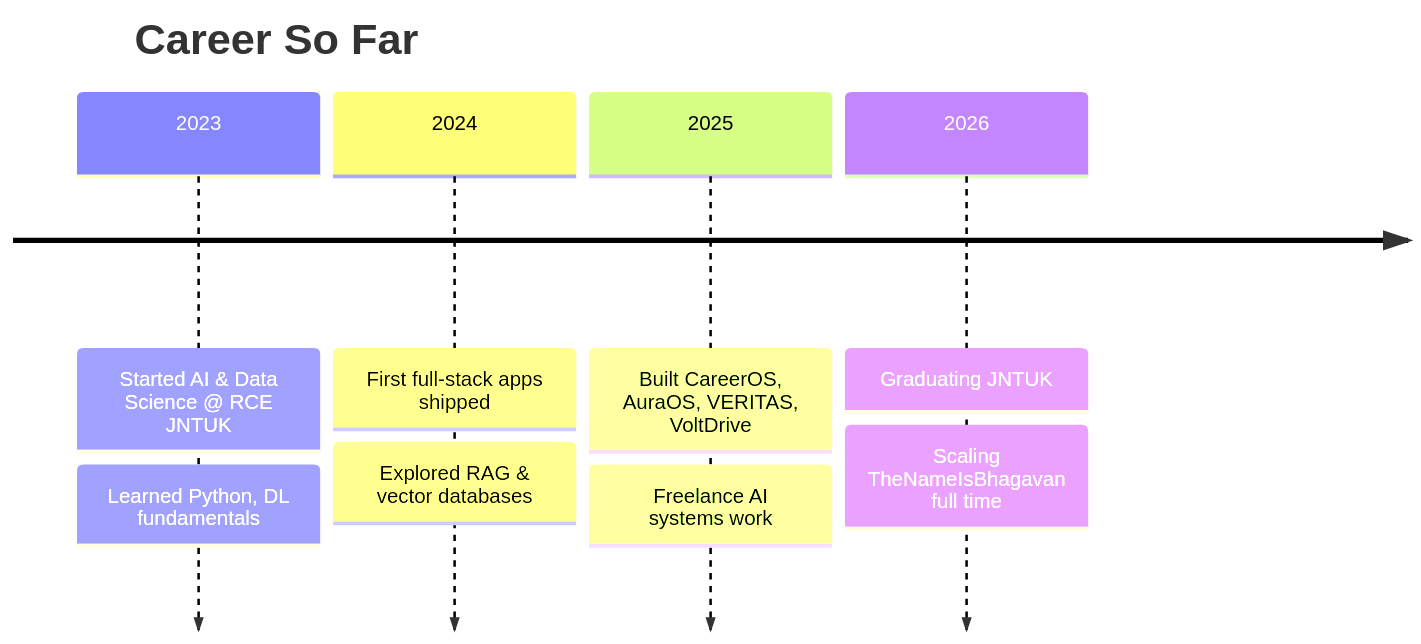
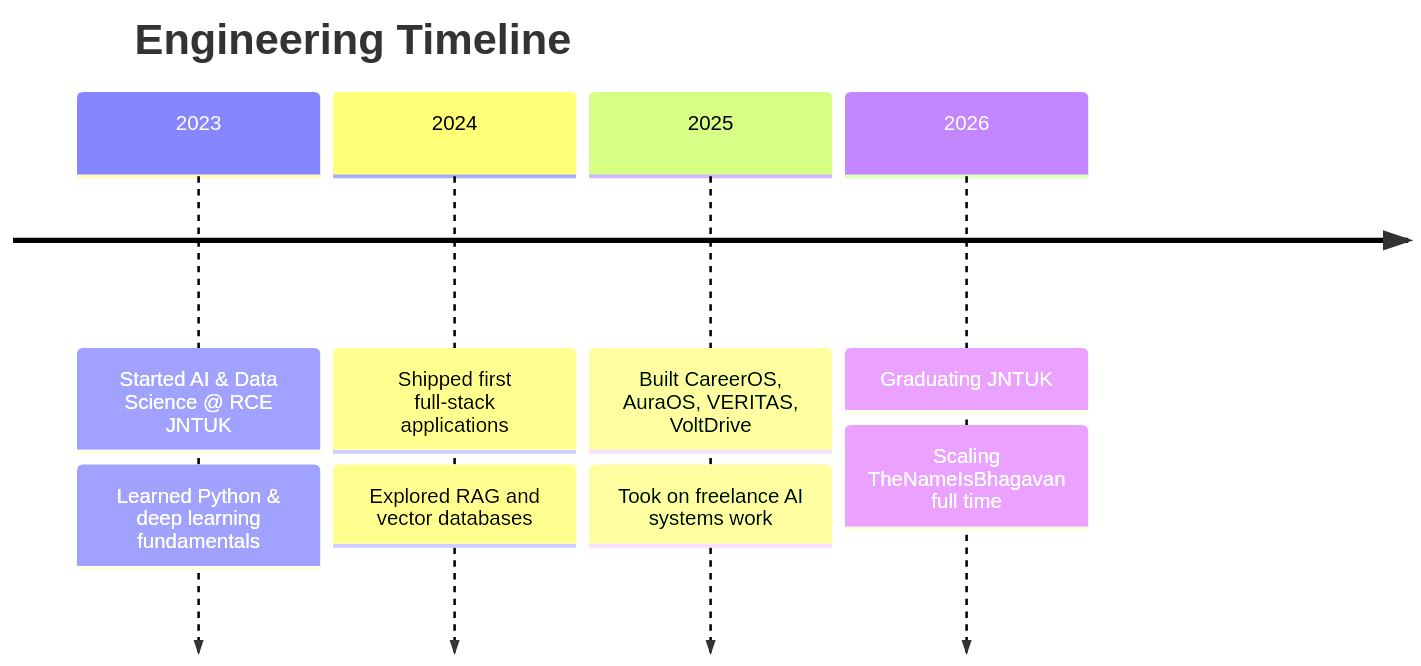
One commit to thenameisbhagavan/thenameisbhagavan changed the second of 2 diagrams in README.md. Above: the diagram before and after it, drawn with Mermaid. The commit also changed other lines of this file, not shown here.

````diff
--- a/README.md
+++ b/README.md
@@ -224,12 +168,12 @@
 ```mermaid
 timeline
-    title Career So Far
+    title Engineering Timeline
     2023 : Started AI & Data Science @ RCE JNTUK
-         : Learned Python, DL fundamentals
-    2024 : First full-stack apps shipped
-         : Explored RAG & vector databases
+         : Learned Python & deep learning fundamentals
+    2024 : Shipped first full-stack applications
+         : Explored RAG and vector databases
     2025 : Built CareerOS, AuraOS, VERITAS, VoltDrive
-         : Freelance AI systems work
+         : Took on freelance AI systems work
     2026 : Graduating JNTUK
          : Scaling TheNameIsBhagavan full time
 ```
````
